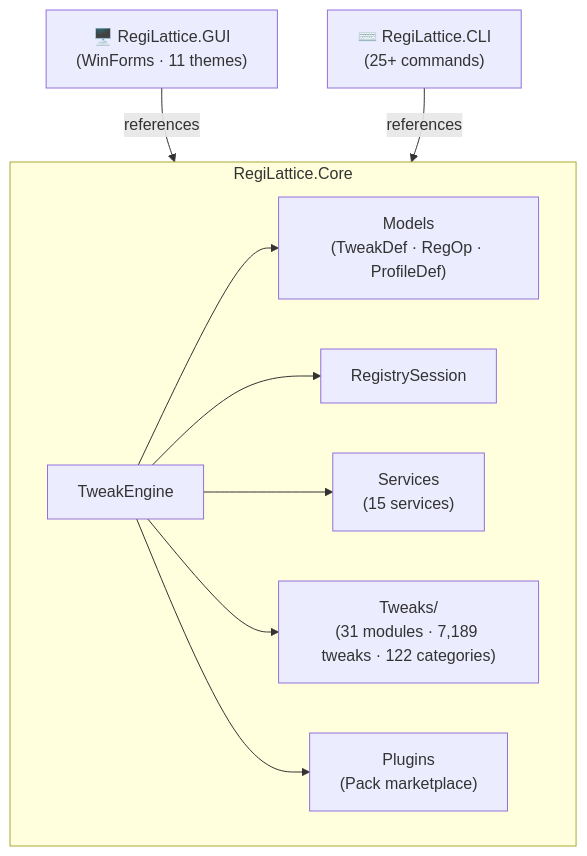
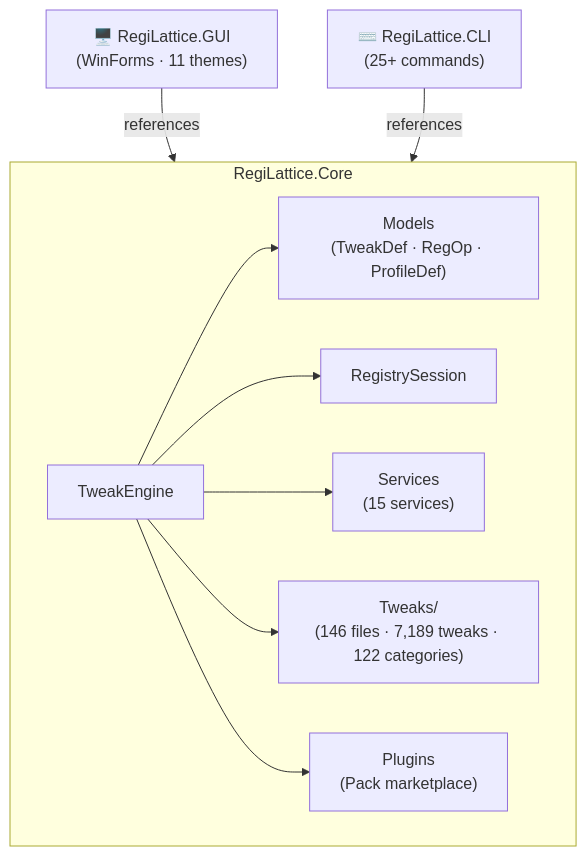
One commit to RajwanYair/RegiLattice changed the first of 8 diagrams in docs/Architecture.md. Above: the diagram before and after it, drawn with Mermaid. The commit also changed 7 other files, not shown here.

````diff
--- a/docs/Architecture.md
+++ b/docs/Architecture.md
@@ -12,24 +12,24 @@
 ```mermaid
 graph TD
     GUI["🖥️ RegiLattice.GUI\n(WinForms · 11 themes)"]
     CLI["⌨️ RegiLattice.CLI\n(25+ commands)"]
     Core["🔧 RegiLattice.Core\n(engine · models · services)"]
 
     GUI -->|references| Core
     CLI -->|references| Core
 
     subgraph Core ["RegiLattice.Core"]
         TweakEngine["TweakEngine"]
         Models["Models\n(TweakDef · RegOp · ProfileDef)"]
         Registry["RegistrySession"]
         Services["Services\n(15 services)"]
-        Tweaks["Tweaks/\n(31 modules · 7,189 tweaks · 122 categories)"]
+        Tweaks["Tweaks/\n(146 files · 7,189 tweaks · 122 categories)"]
         Plugins["Plugins\n(Pack marketplace)"]
 
         TweakEngine --> Models
         TweakEngine --> Registry
         TweakEngine --> Services
         TweakEngine --> Tweaks
         TweakEngine --> Plugins
     end
 ```
````
